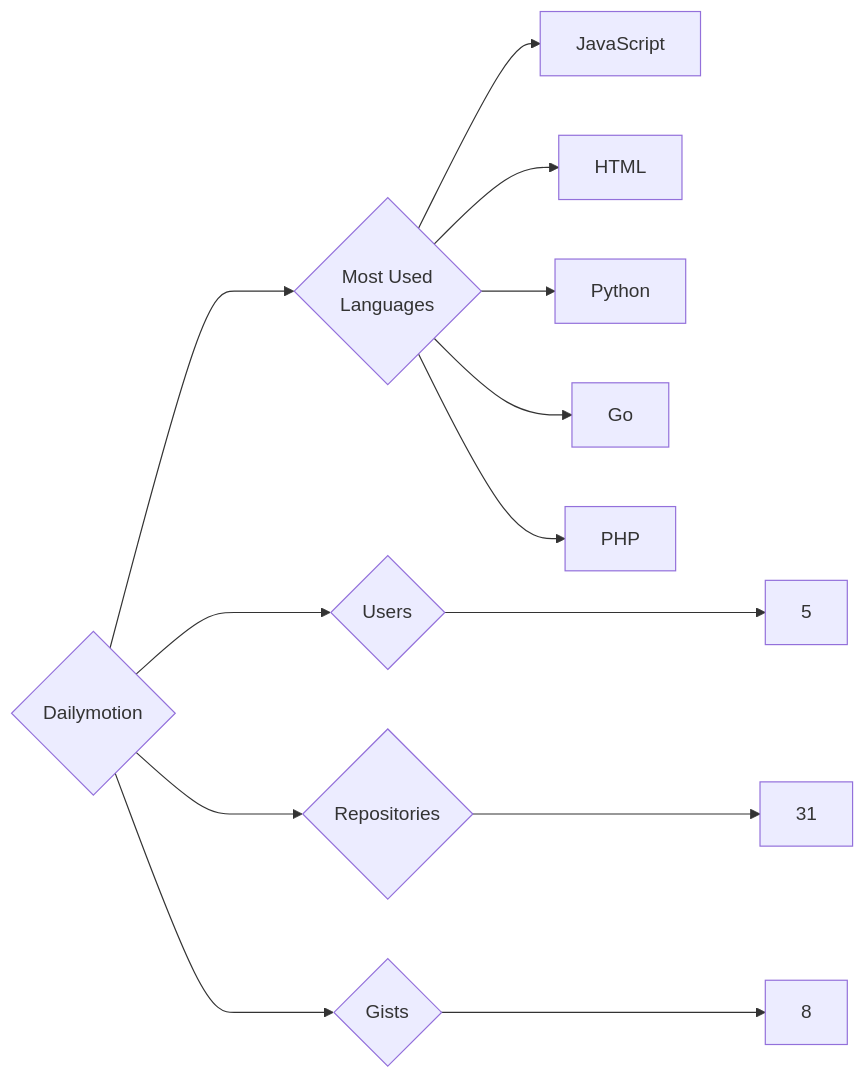
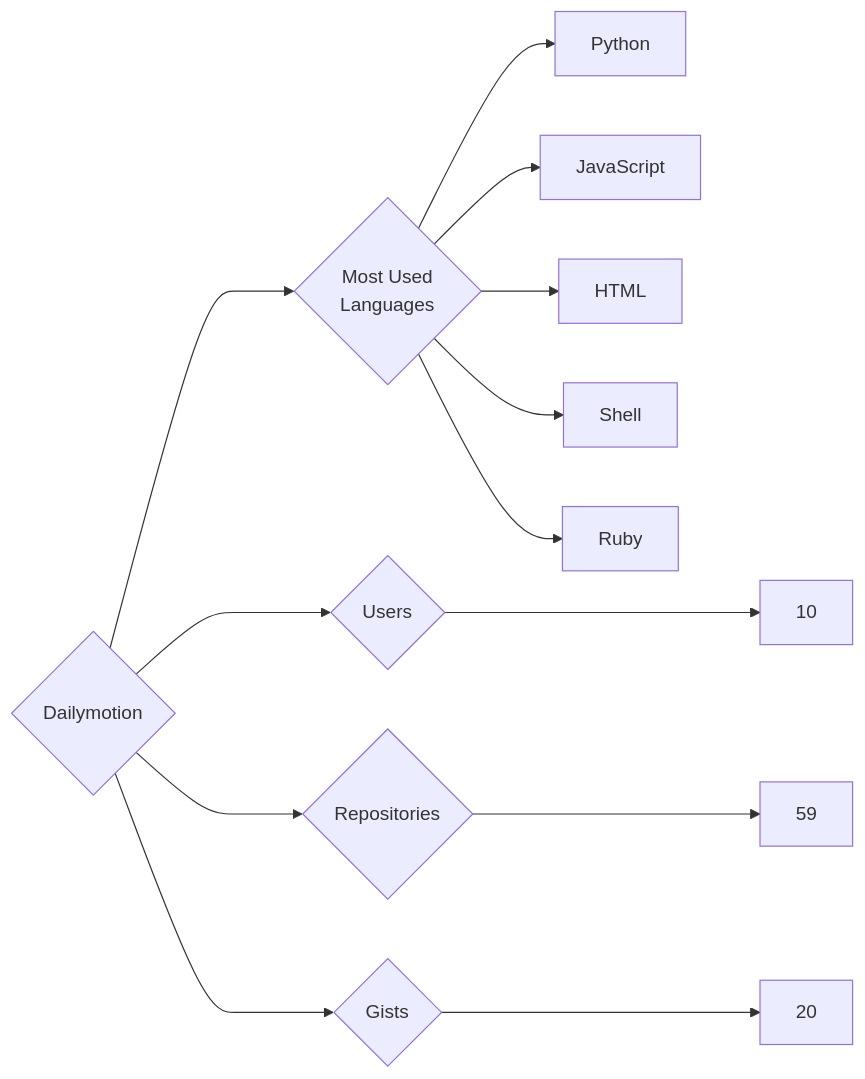
Before and after one commit to trickest/insiders: the diagram in targets/Dailymotion/README.md, drawn with Mermaid. The commit also changed 845 other files, not shown here.

````diff
--- a/targets/Dailymotion/README.md
+++ b/targets/Dailymotion/README.md
@@ -3,13 +3,13 @@
 ```mermaid
 graph LR
 COMPANY_NAME{Dailymotion}
-COMPANY_NAME ---> U{Users} ---> UN[5]
-COMPANY_NAME ---> R{Repositories} ---> RN[31]
-COMPANY_NAME ---> G{Gists} ---> GN[8]
+COMPANY_NAME ---> U{Users} ---> UN[10]
+COMPANY_NAME ---> R{Repositories} ---> RN[59]
+COMPANY_NAME ---> G{Gists} ---> GN[20]
 COMPANY_NAME ---> ML{Most Used<br>Languages}
+ML --> Python[Python]
 ML --> JavaScript[JavaScript]
 ML --> HTML[HTML]
-ML --> Python[Python]
-ML --> Go[Go]
-ML --> PHP[PHP]
+ML --> Shell[Shell]
+ML --> Ruby[Ruby]
 ```
````
